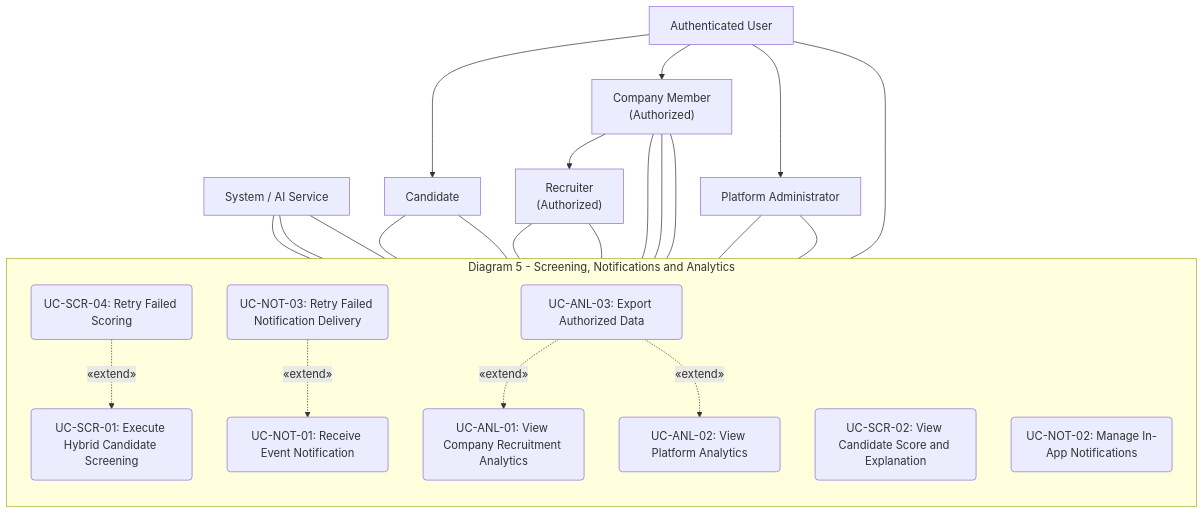
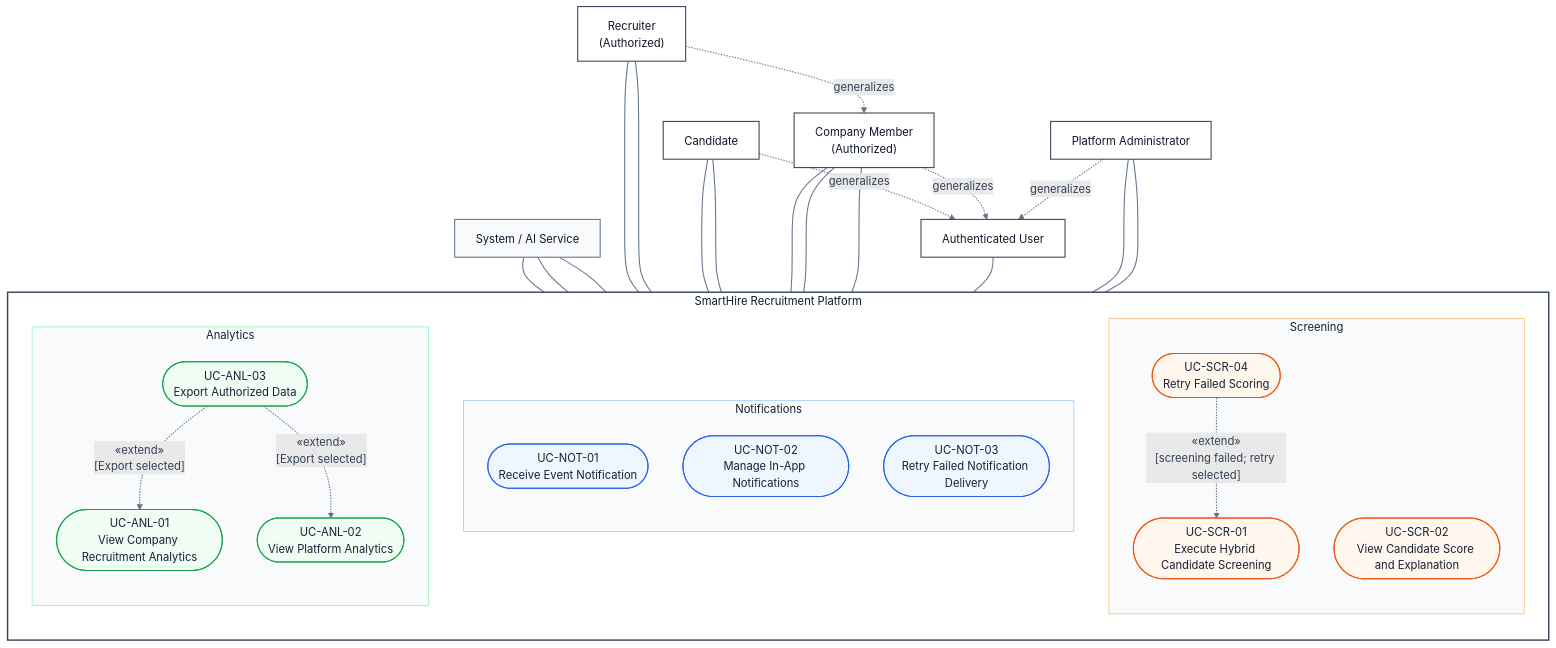
The fifth of 5 diagrams in docs/analysis-and-design/use_cases/Use_Case_Model.md (quocuy0112/Software-Engineering---Group-9), drawn with Mermaid before and after one commit. The commit also changed other lines of this file and 32 other files, not shown here.

````diff
--- a/docs/analysis-and-design/use_cases/Use_Case_Model.md
+++ b/docs/analysis-and-design/use_cases/Use_Case_Model.md
@@ -455,56 +383,68 @@
 ```mermaid
 flowchart TB
-    %% Actors
     sys["System / AI Service"]
     auth_user["Authenticated User"]
     cand["Candidate"]
-    cm["Company Member\n(Authorized)"]
-    rec["Recruiter\n(Authorized)"]
+    cm["Company Member<br/>(Authorized)"]
+    rec["Recruiter<br/>(Authorized)"]
     admin["Platform Administrator"]
 
-    %% Actor Generalization
-    auth_user --> cand
-    auth_user --> cm
-    auth_user --> admin
-    cm --> rec
-
-    %% System Boundary
-    subgraph subGraph0["Diagram 5 - Screening, Notifications and Analytics"]
+    subgraph SYSTEM["SmartHire Recruitment Platform"]
         direction TB
-        UC_SCR_01("UC-SCR-01: Execute Hybrid Candidate Screening")
-        UC_SCR_02("UC-SCR-02: View Candidate Score and Explanation")
-        UC_SCR_04("UC-SCR-04: Retry Failed Scoring")
-        UC_NOT_01("UC-NOT-01: Receive Event Notification")
-        UC_NOT_02("UC-NOT-02: Manage In-App Notifications")
-        UC_NOT_03("UC-NOT-03: Retry Failed Notification Delivery")
-        UC_ANL_01("UC-ANL-01: View Company Recruitment Analytics")
-        UC_ANL_02("UC-ANL-02: View Platform Analytics")
-        UC_ANL_03("UC-ANL-03: Export Authorized Data")
+        subgraph SCREENING["Screening"]
+            direction TB
+            UC_SCR_01(["UC-SCR-01<br/>Execute Hybrid Candidate Screening"])
+            UC_SCR_02(["UC-SCR-02<br/>View Candidate Score and Explanation"])
+            UC_SCR_04(["UC-SCR-04<br/>Retry Failed Scoring"])
+        end
+        subgraph NOTIFICATIONS["Notifications"]
+            direction TB
+            UC_NOT_01(["UC-NOT-01<br/>Receive Event Notification"])
+            UC_NOT_02(["UC-NOT-02<br/>Manage In-App Notifications"])
+            UC_NOT_03(["UC-NOT-03<br/>Retry Failed Notification Delivery"])
+        end
+        subgraph ANALYTICS["Analytics"]
+            direction TB
+            UC_ANL_01(["UC-ANL-01<br/>View Company Recruitment Analytics"])
+            UC_ANL_02(["UC-ANL-02<br/>View Platform Analytics"])
+            UC_ANL_03(["UC-ANL-03<br/>Export Authorized Data"])
+        end
     end
 
-    %% Actor to Use Case Relationships
+    cand -. "generalizes" .-> auth_user
+    cm -. "generalizes" .-> auth_user
+    admin -. "generalizes" .-> auth_user
+    rec -. "generalizes" .-> cm
     sys --- UC_SCR_01
     sys --- UC_SCR_04
     sys --- UC_NOT_03
-    
     rec --- UC_SCR_02
     rec --- UC_SCR_04
-    
     cand --- UC_SCR_02
     cand --- UC_NOT_01
-    
     cm --- UC_NOT_01
     cm --- UC_ANL_01
     cm --- UC_ANL_03
-    
     auth_user --- UC_NOT_02
-    
     admin --- UC_ANL_02
     admin --- UC_ANL_03
+    UC_SCR_04 -. "«extend»<br/>[screening failed; retry selected]" .-> UC_SCR_01
+    UC_ANL_03 -. "«extend»<br/>[Export selected]" .-> UC_ANL_01
+    UC_ANL_03 -. "«extend»<br/>[Export selected]" .-> UC_ANL_02
 
-    %% Use Case to Use Case Relationships (Extend)
-    UC_SCR_04 -. "«extend»" .-> UC_SCR_01
-    UC_NOT_03 -. "«extend»" .-> UC_NOT_01
-    UC_ANL_03 -. "«extend»" .-> UC_ANL_01
-    UC_ANL_03 -. "«extend»" .-> UC_ANL_02
+    classDef primaryActor fill:#ffffff,stroke:#334155,stroke-width:1.5px,color:#0f172a;
+    classDef supportingActor fill:#f8fafc,stroke:#64748b,stroke-width:1.5px,color:#0f172a;
+    classDef screeningCase fill:#fff7ed,stroke:#ea580c,stroke-width:1.5px,color:#172033;
+    classDef notificationCase fill:#eff6ff,stroke:#2563eb,stroke-width:1.5px,color:#172033;
+    classDef analyticsCase fill:#f0fdf4,stroke:#16a34a,stroke-width:1.5px,color:#172033;
+    class auth_user,cand,cm,rec,admin primaryActor;
+    class sys supportingActor;
+    class UC_SCR_01,UC_SCR_02,UC_SCR_04 screeningCase;
+    class UC_NOT_01,UC_NOT_02,UC_NOT_03 notificationCase;
+    class UC_ANL_01,UC_ANL_02,UC_ANL_03 analyticsCase;
+    style SYSTEM fill:#ffffff,stroke:#334155,stroke-width:2px,color:#0f172a
+    style SCREENING fill:#f8fafc,stroke:#fdba74,stroke-width:1px,color:#172033
+    style NOTIFICATIONS fill:#f8fafc,stroke:#93c5fd,stroke-width:1px,color:#172033
+    style ANALYTICS fill:#f8fafc,stroke:#86efac,stroke-width:1px,color:#172033
+    linkStyle default stroke:#64748b,stroke-width:1.5px,color:#334155
 ```
````
